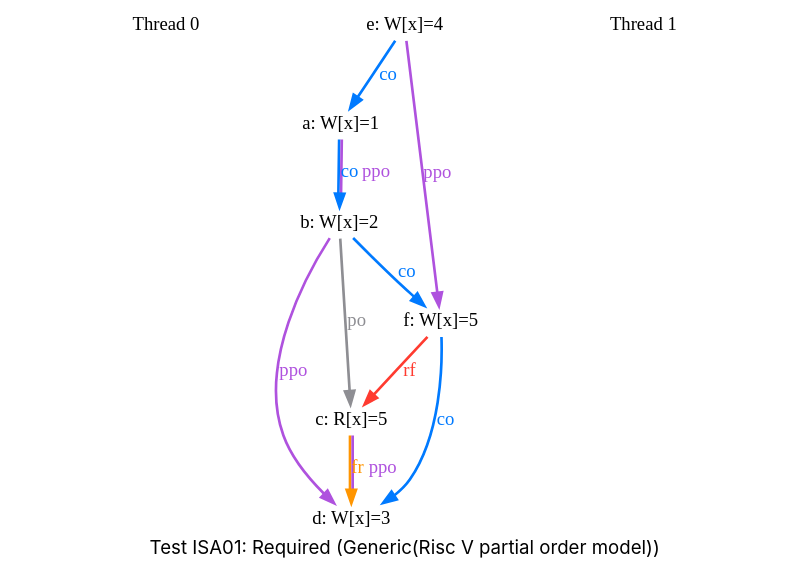
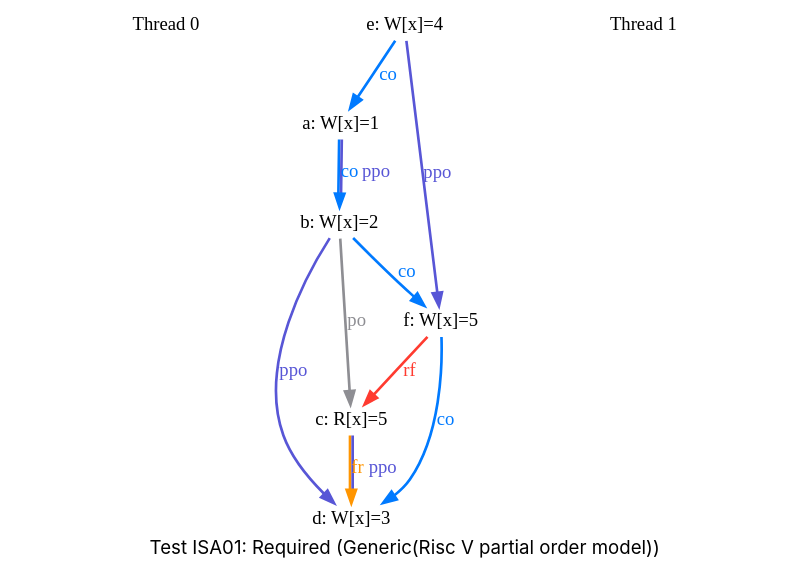
Before and after one commit to jiangshengdev/rcore: the diagram in docs/example/_assets/images/light/ISA01/graph_03.dot, drawn with Graphviz. The commit also changed 104 other files, not shown here.

```diff
--- a/docs/example/_assets/images/light/ISA01/graph_03.dot
+++ b/docs/example/_assets/images/light/ISA01/graph_03.dot
@@ -1,41 +1,41 @@
 digraph G {
 
 splines=spline;
 pad="0.000000";
 fontname="SF Pro Display";
 
 /* legend */
 fontsize=14;
 label="Test ISA01: Required (Generic(Risc V partial order model))";
 
 
 /* the unlocked events */
 proc0_label_node [shape=none, fontsize=14, label="Thread 0", pos="1.000000,4.050000!", fixedsize=true, width=3.250000, height=0.281250]
 eiid0 [label="a: W[x]=1", shape="none", fontsize=14, pos="1.000000,3.375000!", fixedsize="false", height="0.194444", width="1.166667"];
 eiid1 [label="b: W[x]=2", shape="none", fontsize=14, pos="1.000000,2.250000!", fixedsize="false", height="0.194444", width="1.166667"];
 eiid2 [label="c: R[x]=5", shape="none", fontsize=14, pos="1.000000,1.125000!", fixedsize="false", height="0.194444", width="1.166667"];
 eiid3 [label="d: W[x]=3", shape="none", fontsize=14, pos="1.000000,0.000000!", fixedsize="false", height="0.194444", width="1.166667"];
 proc1_label_node [shape=none, fontsize=14, label="Thread 1", pos="6.000000,4.050000!", fixedsize=true, width=3.250000, height=0.281250]
 eiid4 [label="e: W[x]=4", shape="none", fontsize=14, pos="6.000000,3.375000!", fixedsize="false", height="0.194444", width="1.166667"];
 eiid5 [label="f: W[x]=5", shape="none", fontsize=14, pos="6.000000,2.250000!", fixedsize="false", height="0.194444", width="1.166667"];
 
 /* the intra_causality_data edges */
 
 
 /* the intra_causality_control edges */
 
 /* the poi edges */
 /* the rfmap edges */
 
 
 /* The viewed-before edges */
-eiid0 -> eiid1 [label=<<font color="#007AFF">co</font><font color="#AF52DE">ppo</font>>, color="#007AFF:#AF52DE", fontsize=14, penwidth="2.000000", arrowsize="1.000000"];
+eiid0 -> eiid1 [label=<<font color="#007AFF">co</font><font color="#5856D6">ppo</font>>, color="#007AFF:#5856D6", fontsize=14, penwidth="2.000000", arrowsize="1.000000"];
 eiid1 -> eiid2 [label=<<font color="#8E8E93">po</font>>, color="#8E8E93", fontsize=14, penwidth="2.000000", arrowsize="1.000000"];
-eiid1 -> eiid3 [label=<<font color="#AF52DE">ppo</font>>, color="#AF52DE", fontsize=14, penwidth="2.000000", arrowsize="1.000000"];
+eiid1 -> eiid3 [label=<<font color="#5856D6">ppo</font>>, color="#5856D6", fontsize=14, penwidth="2.000000", arrowsize="1.000000"];
 eiid1 -> eiid5 [label=<<font color="#007AFF">co</font>>, color="#007AFF", fontsize=14, penwidth="2.000000", arrowsize="1.000000"];
-eiid2 -> eiid3 [label=<<font color="#FF9500">fr</font><font color="#AF52DE">ppo</font>>, color="#FF9500:#AF52DE", fontsize=14, penwidth="2.000000", arrowsize="1.000000"];
+eiid2 -> eiid3 [label=<<font color="#FF9500">fr</font><font color="#5856D6">ppo</font>>, color="#FF9500:#5856D6", fontsize=14, penwidth="2.000000", arrowsize="1.000000"];
 eiid4 -> eiid0 [label=<<font color="#007AFF">co</font>>, color="#007AFF", fontsize=14, penwidth="2.000000", arrowsize="1.000000"];
-eiid4 -> eiid5 [label=<<font color="#AF52DE">ppo</font>>, color="#AF52DE", fontsize=14, penwidth="2.000000", arrowsize="1.000000"];
+eiid4 -> eiid5 [label=<<font color="#5856D6">ppo</font>>, color="#5856D6", fontsize=14, penwidth="2.000000", arrowsize="1.000000"];
 eiid5 -> eiid2 [label=<<font color="#FF3B30">rf</font>>, color="#FF3B30", fontsize=14, penwidth="2.000000", arrowsize="1.000000"];
 eiid5 -> eiid3 [label=<<font color="#007AFF">co</font>>, color="#007AFF", fontsize=14, penwidth="2.000000", arrowsize="1.000000"];
 }
```
